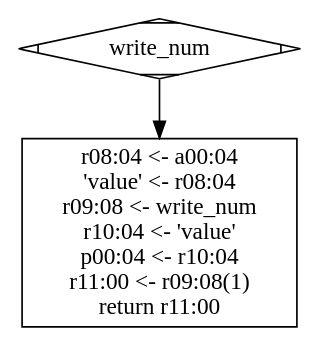
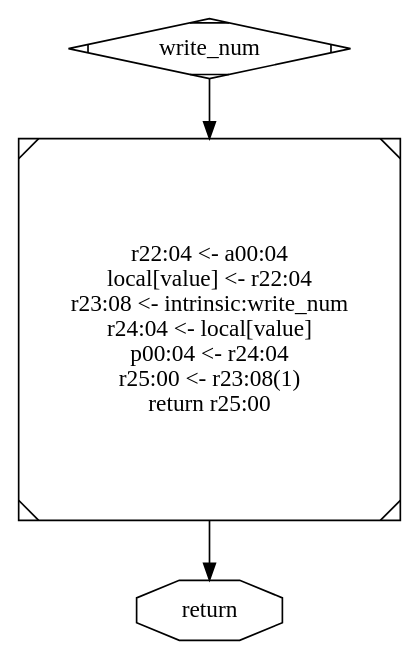
One commit to CdRGit/NyaPL changed the diagram in debug/flowgraph/write_num.dot. Above: the diagram before and after it, drawn with Graphviz. The commit also changed 10 other files, not shown here.

```diff
--- a/debug/flowgraph/write_num.dot
+++ b/debug/flowgraph/write_num.dot
@@ -1,6 +1,8 @@
 digraph {
 node [shape="box"]
 entry [label="write_num", shape="Mdiamond"]
-entry -> n1
-n1 [label="r08:04 <- a00:04\n'value' <- r08:04\nr09:08 <- write_num\nr10:04 <- 'value'\np00:04 <- r10:04\nr11:00 <- r09:08(1)\nreturn r11:00\n"]
+return [label="return", shape="octagon"]
+entry -> n8
+n8 [label="r22:04 <- a00:04\nlocal[value] <- r22:04\nr23:08 <- intrinsic:write_num\nr24:04 <- local[value]\np00:04 <- r24:04\nr25:00 <- r23:08(1)\nreturn r25:00\n", shape="Msquare"]
+n8 -> return
 }
```
